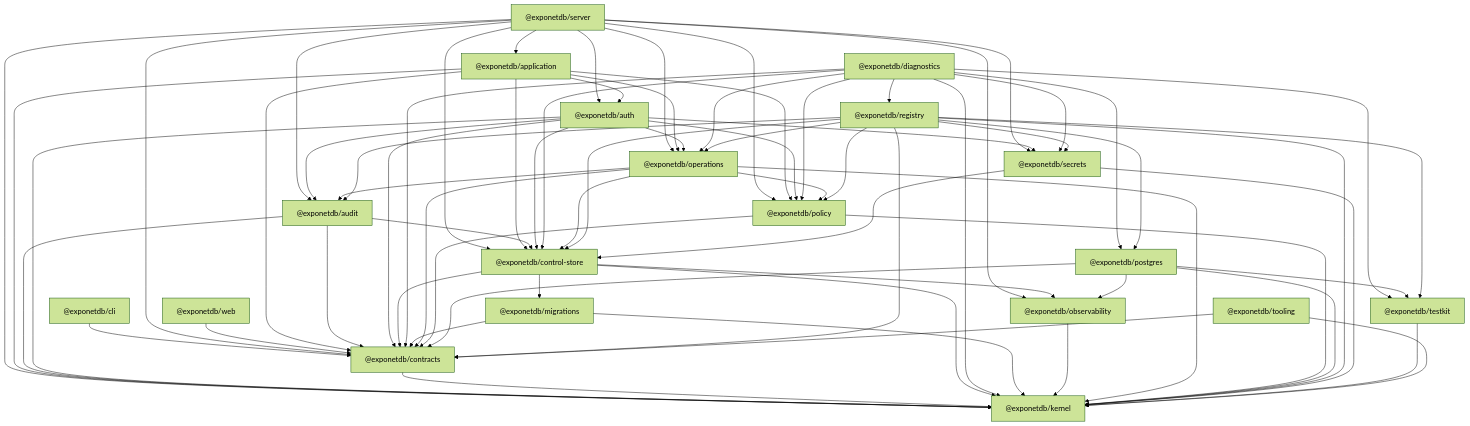
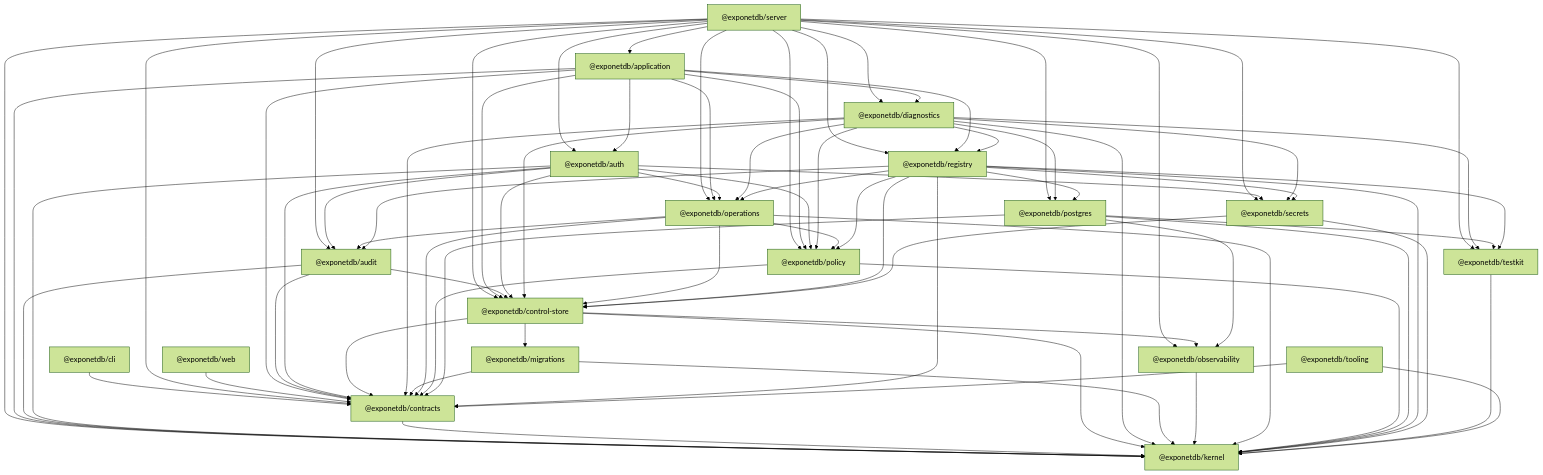
One commit to davdxpx/ExponetDB changed the diagram in tooling/boundaries/package-graph.md. Above: the diagram before and after it, drawn with Mermaid (forest theme). The commit also changed 31 other files, not shown here.

```diff
--- a/tooling/boundaries/package-graph.md
+++ b/tooling/boundaries/package-graph.md
@@ -31,18 +31,24 @@
   apps_server["@exponetdb/server"] --> packages_auth
   apps_server["@exponetdb/server"] --> packages_contracts
   apps_server["@exponetdb/server"] --> packages_control-store
+  apps_server["@exponetdb/server"] --> packages_diagnostics
   apps_server["@exponetdb/server"] --> packages_kernel
   apps_server["@exponetdb/server"] --> packages_observability
   apps_server["@exponetdb/server"] --> packages_operations
   apps_server["@exponetdb/server"] --> packages_policy
+  apps_server["@exponetdb/server"] --> packages_postgres
+  apps_server["@exponetdb/server"] --> packages_registry
   apps_server["@exponetdb/server"] --> packages_secrets
+  apps_server["@exponetdb/server"] --> packages_testkit
   apps_web["@exponetdb/web"] --> packages_contracts
   packages_application["@exponetdb/application"] --> packages_auth
   packages_application["@exponetdb/application"] --> packages_contracts
   packages_application["@exponetdb/application"] --> packages_control-store
+  packages_application["@exponetdb/application"] --> packages_diagnostics
   packages_application["@exponetdb/application"] --> packages_kernel
   packages_application["@exponetdb/application"] --> packages_operations
   packages_application["@exponetdb/application"] --> packages_policy
+  packages_application["@exponetdb/application"] --> packages_registry
   packages_audit["@exponetdb/audit"] --> packages_contracts
   packages_audit["@exponetdb/audit"] --> packages_control-store
   packages_audit["@exponetdb/audit"] --> packages_kernel
```
